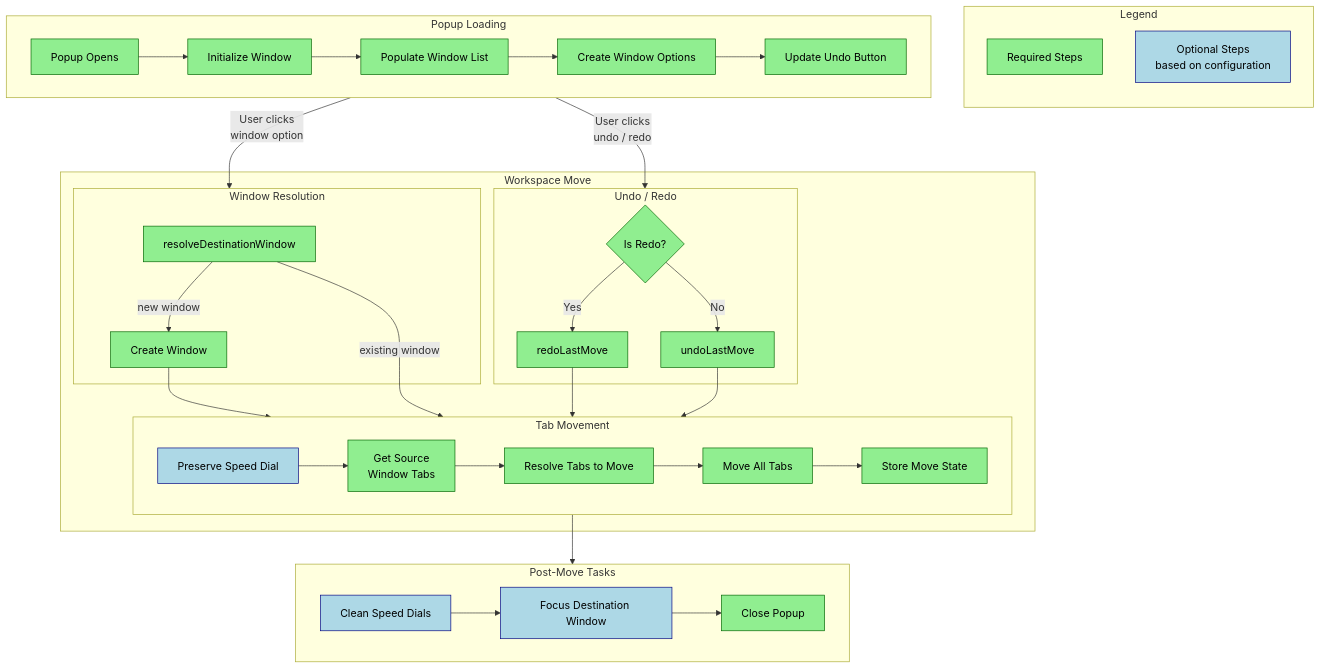
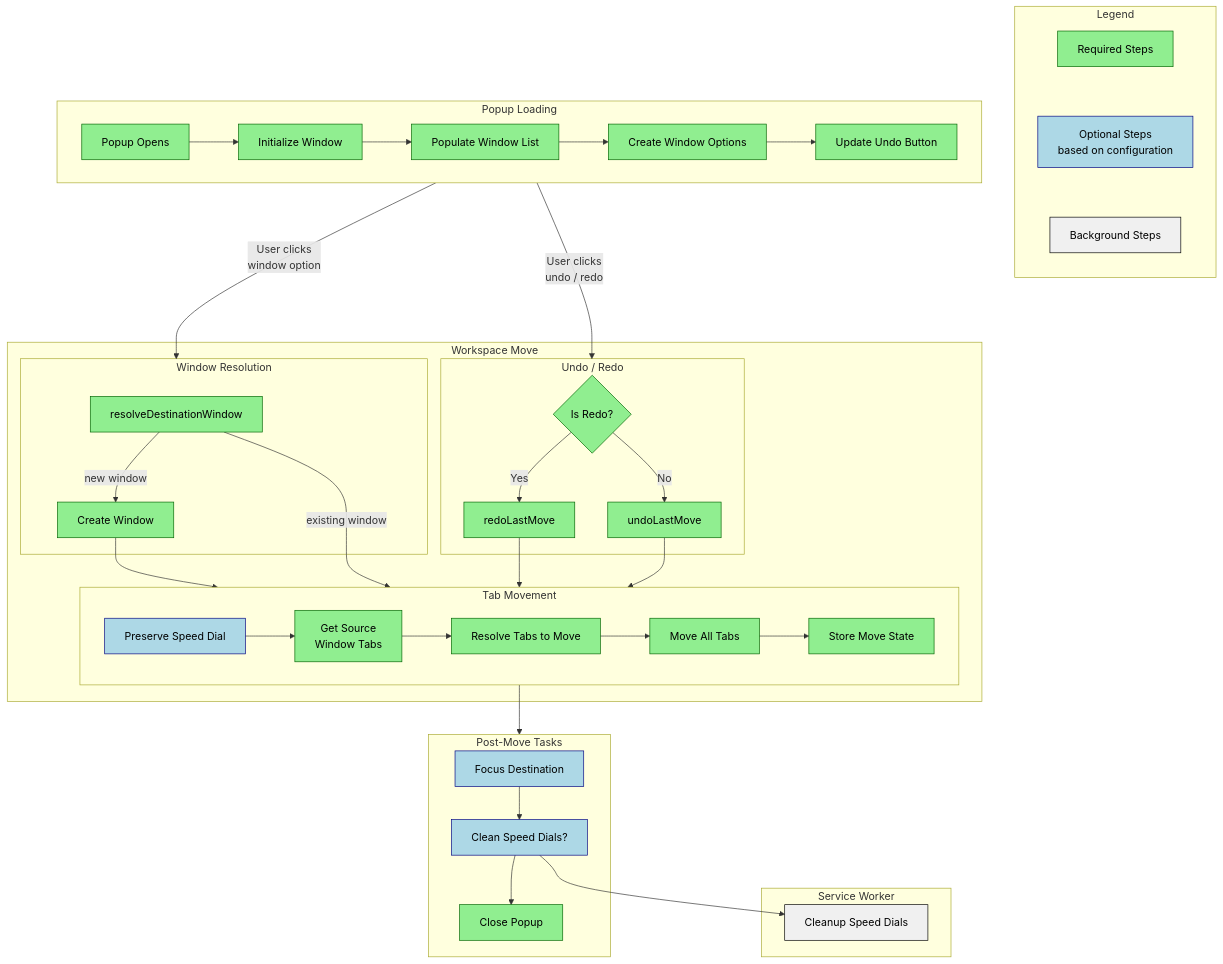
One commit to torynet/opera-workspace-tab-manager changed the diagram in docs/development/diagrams.md. Above: the diagram before and after it, drawn with Mermaid.

Commit message:
41: Updated flow diagram per these changes.

````diff
--- a/docs/development/diagrams.md
+++ b/docs/development/diagrams.md
@@ -7,56 +7,61 @@
 ```mermaid
 flowchart TD
     classDef required fill:#90EE90,stroke:#006400,color:#000
     classDef optional fill:#ADD8E6,stroke:#000080,color:#000
+    classDef background fill:#F0F0F0,stroke:#000,color:#000
 
     subgraph Legend[Legend]
         direction TB
         Required[Required Steps]:::required
-        Optional[Optional Steps<br>based on configuration]:::optional
+        Required --- Optional[Optional Steps<br>based on configuration]:::optional
+        Optional --- Background[Background Steps]:::background
+        linkStyle 0,1 stroke:transparent,stroke-width:0
     end
 
     subgraph PL[Popup Loading]
         Start[Popup Opens]:::required --> Init[Initialize Window]:::required
         Init --> Pop[Populate Window List]:::required
         Pop --> CreateOpt[Create Window Options]:::required
         CreateOpt --> UpdateBtn[Update Undo Button]:::required
     end
 
-    PL --> |"User clicks
-            window option"| WR
-    PL --> |"User clicks
-            undo / redo"| UR
+    PL --> |"User clicks<br>window option"| WR
+    PL --> |"User clicks<br>undo / redo"| UR
 
     subgraph Workspace Move
         subgraph WR[Window Resolution]
             Resolve[resolveDestinationWindow]:::required
             Resolve --> |"new window"| Create[Create Window]:::required
         end
 
         subgraph TM[Tab Movement]
             Preserve[Preserve Speed Dial]:::optional --> GetTabs[Get Source<br>Window Tabs]:::required
             GetTabs --> ResTabs[Resolve Tabs to Move]:::required
             ResTabs --> MoveTabs[Move All Tabs]:::required
             MoveTabs --> Store[Store Move State]:::required
         end
 
         subgraph UR[Undo / Redo]
             Check{Is Redo?}:::required
             Check -->|Yes| Redo[redoLastMove]:::required
             Check -->|No| Undo[undoLastMove]:::required
         end
 
         Create --> TM
         Resolve --> |"existing window"| TM
         Redo --> TM
         Undo --> TM
     end
 
     TM --> PMT
 
     subgraph PMT[Post-Move Tasks]
-        Clean[Clean Speed Dials]:::optional
-        Clean --> Focus[Focus Destination Window]:::optional
-        Focus --> Close[Close Popup]:::required
+        Focus[Focus Destination]:::optional
+        Focus --> Clean[Clean Speed Dials?]:::optional
+        Clean --> Close[Close Popup]:::required
+    end
+
+    subgraph ServiceWorker[Service Worker]
+        Clean --> Cleanup[Cleanup Speed Dials]:::background
     end
 ```
````
